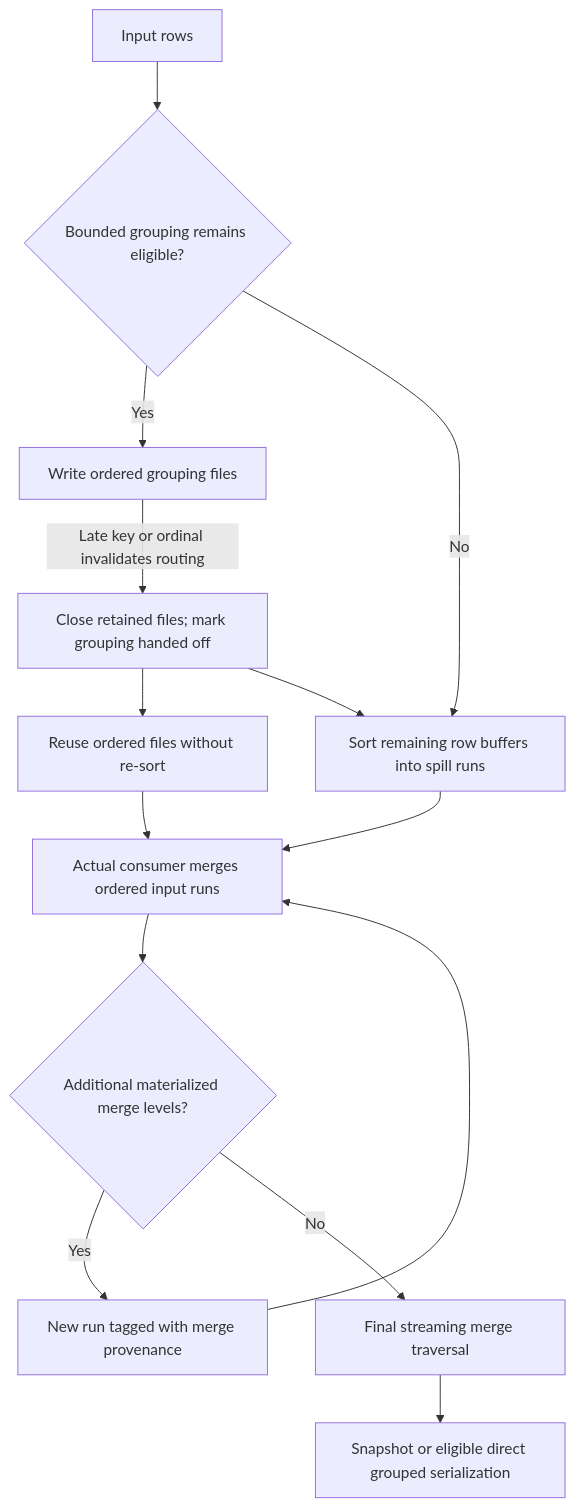
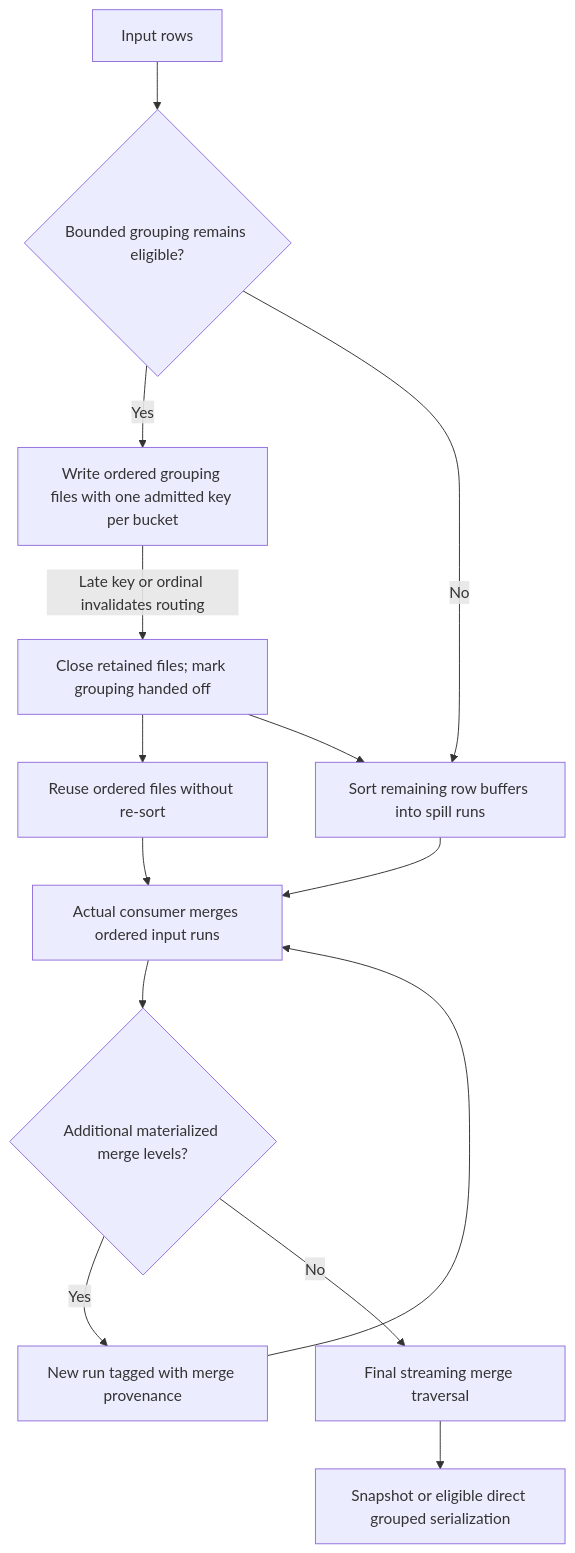
One commit to jsmatfess/chopper changed diagram 18 of 19 in docs/execution-decisions.md. Above: the diagram before and after it, drawn with Mermaid. The commit also changed other lines of this file and 30 other files, not shown here.

````diff
--- a/docs/execution-decisions.md
+++ b/docs/execution-decisions.md
@@ -777,16 +778,16 @@
 ```mermaid
 flowchart TD
     Rows[Input rows] --> Route{Bounded grouping remains eligible?}
-    Route -->|Yes| Buckets[Write ordered grouping files]
+    Route -->|Yes| Buckets[Write ordered grouping files with one admitted key per bucket]
     Buckets -->|Late key or ordinal invalidates routing| Handoff[Close retained files; mark grouping handed off]
     Handoff --> Reuse[Reuse ordered files without re-sort]
     Route -->|No| Fresh[Sort remaining row buffers into spill runs]
     Handoff --> Fresh
     Reuse --> Merge[Actual consumer merges ordered input runs]
     Fresh --> Merge
     Merge --> Hierarchy{Additional materialized merge levels?}
     Hierarchy -->|Yes| Materialized[New run tagged with merge provenance]
     Materialized --> Merge
     Hierarchy -->|No| Traverse[Final streaming merge traversal]
     Traverse --> CSV[Snapshot or eligible direct grouped serialization]
 ```
````
